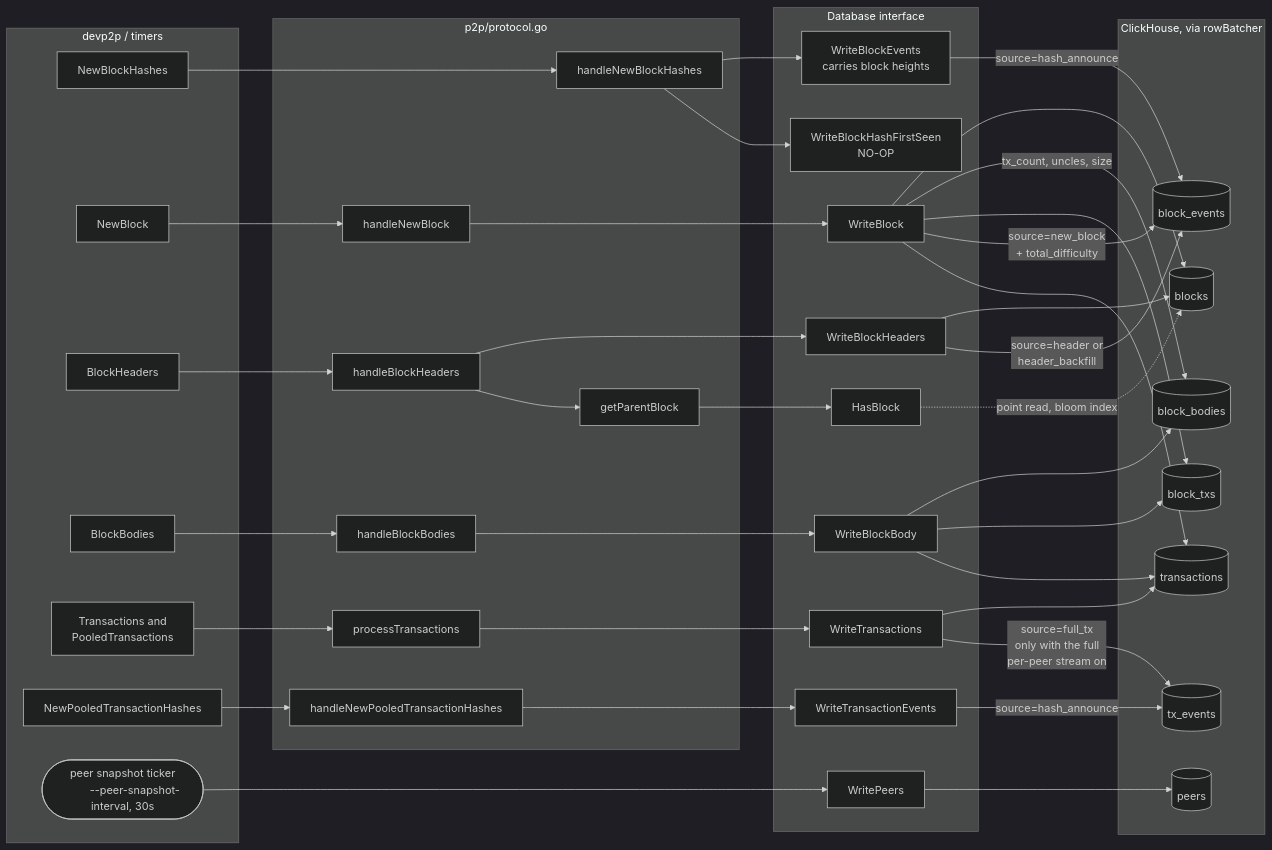
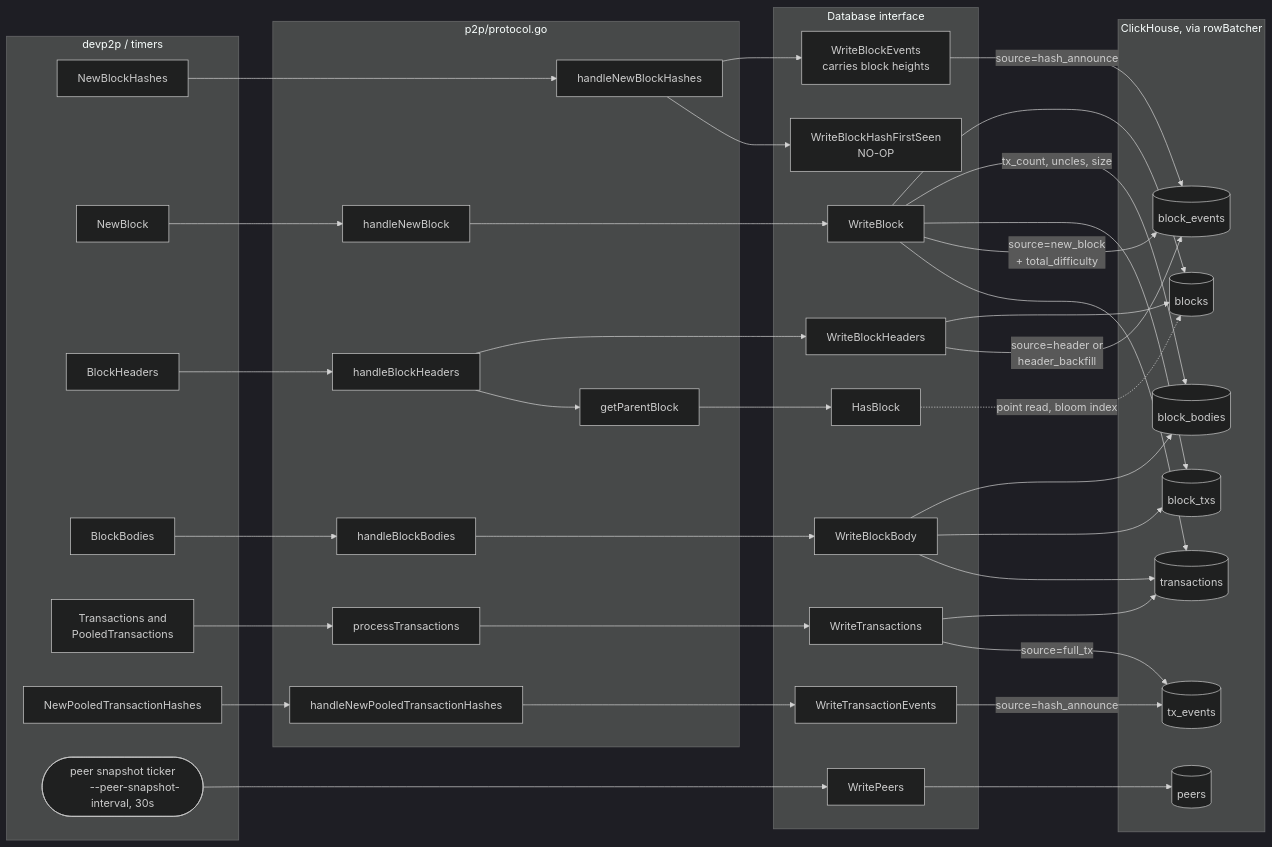
The third of 3 diagrams in cmd/p2p/sensor/clickhouse.md (0xPolygon/polygon-cli), drawn with Mermaid (dark theme) before and after one commit. The commit also changed other lines of this file and 2 other files, not shown here.

```diff
--- a/cmd/p2p/sensor/clickhouse.md
+++ b/cmd/p2p/sensor/clickhouse.md
@@ -371,9 +371,7 @@
     A4 --> T3
     A4 --> T5
     A5 --> T5
-    A5 -->|"source=full_tx
-    only with the full
-    per-peer stream on"| T6
+    A5 -->|"source=full_tx"| T6
     A6 -->|"source=hash_announce"| T6
     A7 --> T7
     A8 -.->|"point read, bloom index"| T1
```
